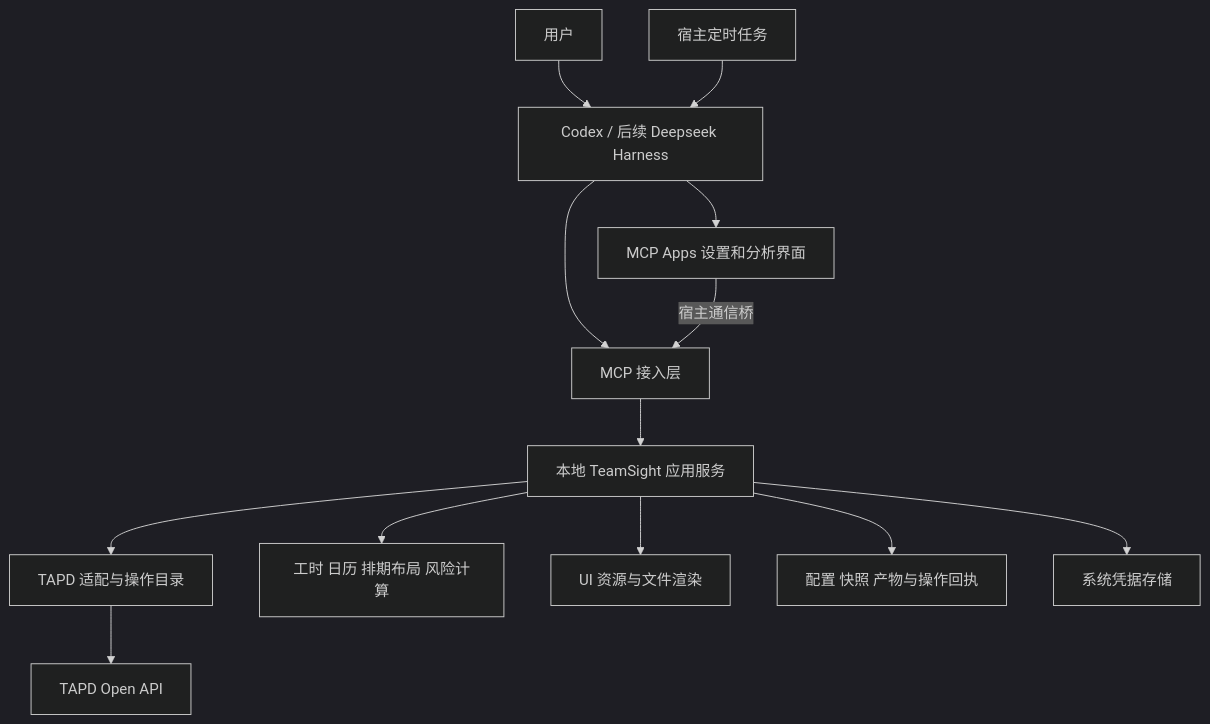
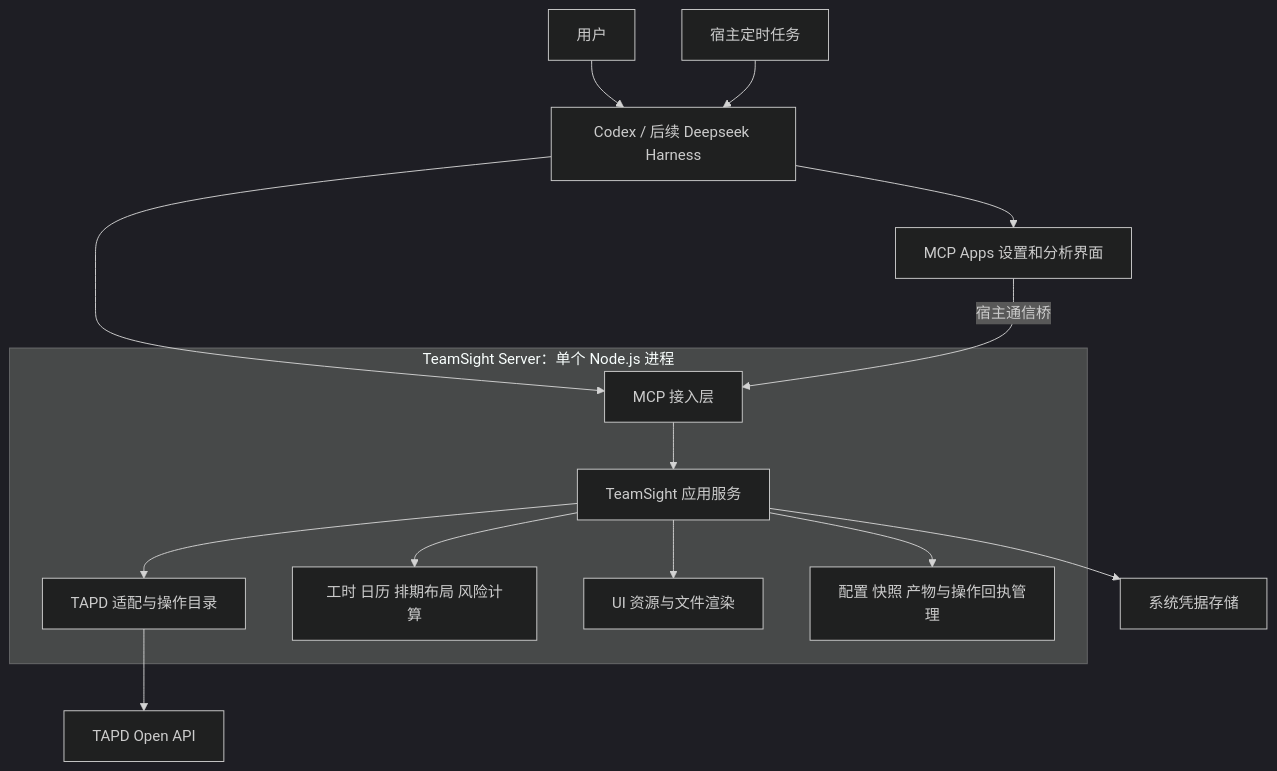
Before and after one commit to HaolinHom/team-sight: the diagram in artifacts/plan/20261027_2341_teamsight-server-mcp-apps-technical-plan.md, drawn with Mermaid (dark theme). The commit also changed other lines of this file and 3 other files, not shown here.

````diff
--- a/artifacts/plan/20261027_2341_teamsight-server-mcp-apps-technical-plan.md
+++ b/artifacts/plan/20261027_2341_teamsight-server-mcp-apps-technical-plan.md
@@ -31,15 +37,17 @@
 ```mermaid
 flowchart TB
     U[用户] --> A[Codex / 后续 Deepseek Harness]
     Q[宿主定时任务] --> A
-    A --> G[MCP 接入层]
+    A --> G
     A --> UI[MCP Apps 设置和分析界面]
     UI -->|宿主通信桥| G
-    G --> S[本地 TeamSight 应用服务]
-    S --> T[TAPD 适配与操作目录]
-    S --> C[工时 日历 排期布局 风险计算]
-    S --> R[UI 资源与文件渲染]
-    S --> D[配置 快照 产物与操作回执]
+    subgraph P[TeamSight Server：单个 Node.js 进程]
+        G[MCP 接入层] --> S[TeamSight 应用服务]
+        S --> T[TAPD 适配与操作目录]
+        S --> C[工时 日历 排期布局 风险计算]
+        S --> R[UI 资源与文件渲染]
+        S --> D[配置 快照 产物与操作回执管理]
+    end
     S --> K[系统凭据存储]
     T --> API[TAPD Open API]
 ```
````
